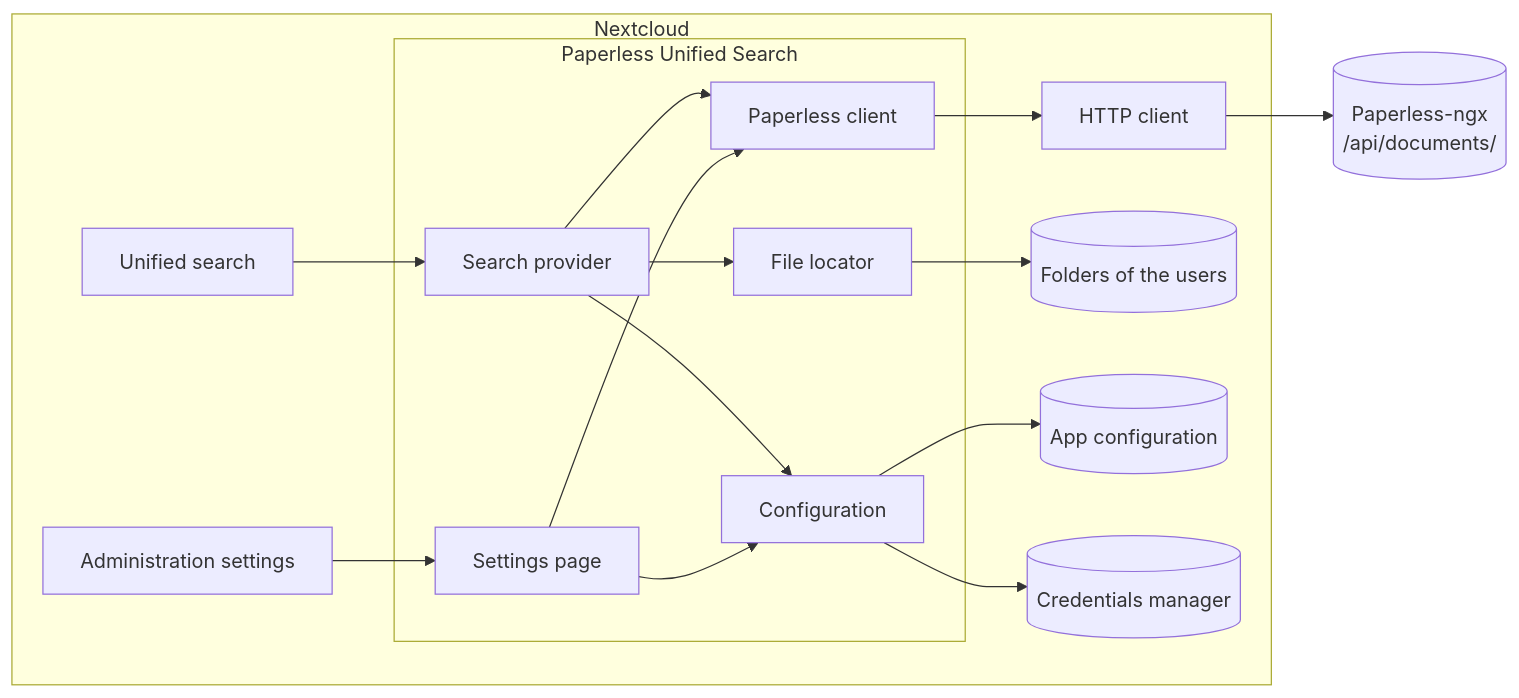
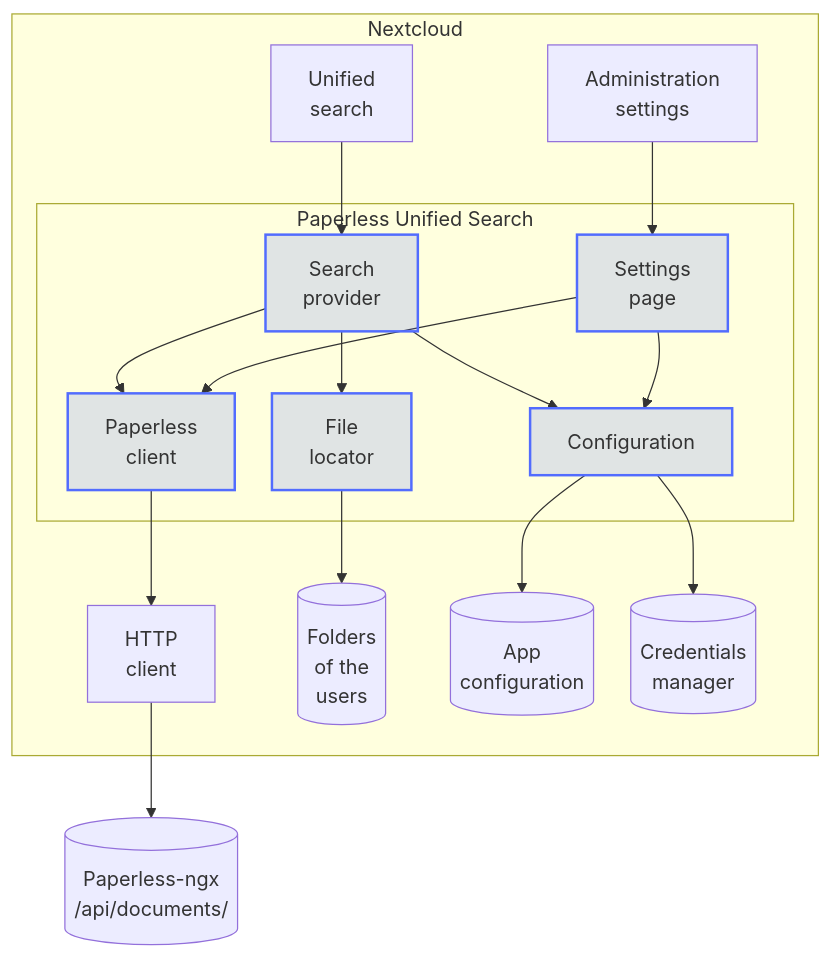
Before and after one commit to Dennis-Otto/paperless-unified-search: the first of 5 diagrams in docs/architecture.md, drawn with Mermaid. The commit also changed other lines of this file and 9 other files, not shown here.

First line of the commit message:
docs: accessible top-to-bottom diagrams and two new ones (#105)

````diff
--- a/docs/architecture.md
+++ b/docs/architecture.md
@@ -13,30 +15,43 @@
 ```mermaid
-flowchart LR
-    paperless[("Paperless-ngx<br/>/api/documents/")]
-    subgraph nextcloud["Nextcloud"]
-        search["Unified search"]
-        page["Administration settings"]
-        subgraph app["Paperless Unified Search"]
-            provider["Search provider"]
-            client["Paperless client"]
-            locator["File locator"]
+---
+config:
+  flowchart:
+    wrappingWidth: 400
+    nodeSpacing: 30
+---
+flowchart TB
+    accTitle: The components
+    accDescr: Inside Nextcloud, the unified search calls the search provider of the app, and the administration settings call its settings page. The search provider uses the Paperless client, the file locator and the configuration; the settings page uses the Paperless client and the configuration. The Paperless client reaches /api/documents/ of Paperless-ngx through Nextcloud's HTTP client, the file locator looks into the folders of the users, and the configuration keeps its values in the app configuration and the token in the credentials manager.
+
+    subgraph nextcloud ["Nextcloud"]
+        search["Unified<br>search"]
+        page["Administration<br>settings"]
+        subgraph app ["Paperless Unified Search"]
+            provider["Search<br>provider"]
+            controller["Settings<br>page"]
+            client["Paperless<br>client"]
+            locator["File<br>locator"]
             config["Configuration"]
-            controller["Settings page"]
         end
-        http["HTTP client"]
-        folders[("Folders of the users")]
-        appconfig[("App configuration")]
-        credentials[("Credentials manager")]
+        http["HTTP<br>client"]
+        folders[("Folders<br>of the<br>users")]
+        appconfig[("App<br>configuration")]
+        credentials[("Credentials<br>manager")]
     end
+    paperless[("Paperless-ngx<br>/api/documents/")]
+
     search --> provider
+    page --> controller
     provider --> client
     provider --> locator
     provider --> config
+    controller --> client
+    controller --> config
     client --> http --> paperless
     locator --> folders
-    page --> controller
-    controller --> client
-    controller --> config
     config --> appconfig
     config --> credentials
+
+    classDef app fill:#526cfe2e,stroke:#526cfe,stroke-width:2px
+    class provider,controller,client,locator,config app
 ```
````
